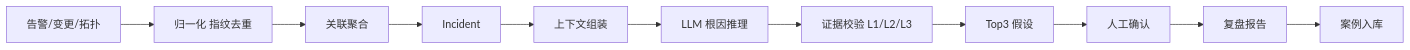
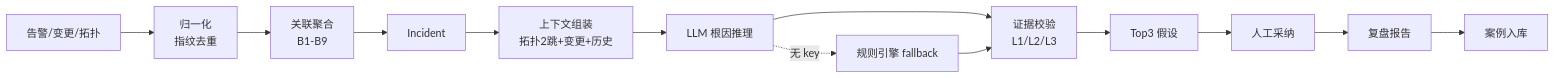
Before and after one commit to sajiaji310/Fail-network: the diagram in README.md, drawn with Mermaid. The commit also changed other lines of this file and 19 other files, not shown here.

````diff
--- a/README.md
+++ b/README.md
@@ -26,6 +46,7 @@
 ```mermaid
 flowchart LR
-  A[告警/变更/拓扑] --> B[归一化 指纹去重] --> C[关联聚合] --> D[Incident]
-  D --> E[上下文组装] --> F[LLM 根因推理] --> G[证据校验 L1/L2/L3] --> H[Top3 假设]
-  H --> I[人工确认] --> J[复盘报告] --> K[案例入库]
+  A[告警/变更/拓扑] --> B[归一化<br/>指纹去重] --> C[关联聚合<br/>B1-B9] --> D[Incident]
+  D --> E[上下文组装<br/>拓扑2跳+变更+历史] --> F[LLM 根因推理] --> G[证据校验<br/>L1/L2/L3] --> H[Top3 假设]
+  H --> I[人工采纳] --> J[复盘报告] --> K[案例入库]
+  F -. 无 key .-> R[规则引擎 fallback] --> G
 ```
````
